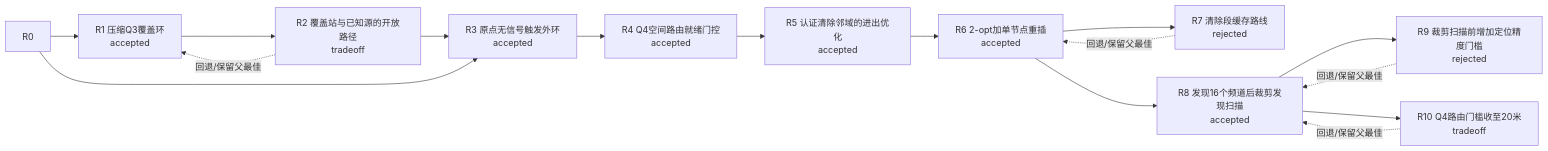
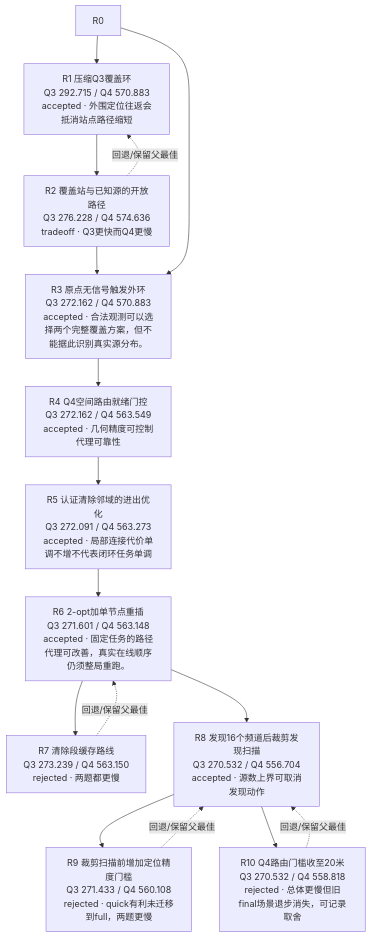
One commit to xiangguaguadadi-dot/cumcm2026-b changed the second of 10 diagrams in experiments/R1_atlas/DIRECTION_MAP.md. Above: the diagram before and after it, drawn with Mermaid. The commit also changed other lines of this file and 81 other files, not shown here.

````diff
--- a/experiments/R1_atlas/DIRECTION_MAP.md
+++ b/experiments/R1_atlas/DIRECTION_MAP.md
@@ -37,28 +37,28 @@
 ```mermaid
-flowchart LR
-  A1_space_R1["R1 压缩Q3覆盖环<br/>accepted"]
+flowchart TB
+  A1_space_R1["R1 压缩Q3覆盖环<br/>Q3 292.715 / Q4 570.883<br/>accepted · 外围定位往返会抵消站点路径缩短"]
   R0 --> A1_space_R1
-  A1_space_R2["R2 覆盖站与已知源的开放路径<br/>tradeoff"]
+  A1_space_R2["R2 覆盖站与已知源的开放路径<br/>Q3 276.228 / Q4 574.636<br/>tradeoff · Q3更快而Q4更慢"]
   A1_space_R1 --> A1_space_R2
   A1_space_R2 -. "回退/保留父最佳" .-> A1_space_R1
-  A1_space_R3["R3 原点无信号触发外环<br/>accepted"]
+  A1_space_R3["R3 原点无信号触发外环<br/>Q3 272.162 / Q4 570.883<br/>accepted · 合法观测可以选择两个完整覆盖方案，但不能据此识别真实源分布。"]
   A1_space_R2 --> A1_space_R3
   R0 --> A1_space_R3
-  A1_space_R4["R4 Q4空间路由就绪门控<br/>accepted"]
+  A1_space_R4["R4 Q4空间路由就绪门控<br/>Q3 272.162 / Q4 563.549<br/>accepted · 几何精度可控制代理可靠性"]
   A1_space_R3 --> A1_space_R4
-  A1_space_R5["R5 认证清除邻域的进出优化<br/>accepted"]
+  A1_space_R5["R5 认证清除邻域的进出优化<br/>Q3 272.091 / Q4 563.273<br/>accepted · 局部连接代价单调不增不代表闭环任务单调"]
   A1_space_R4 --> A1_space_R5
-  A1_space_R6["R6 2-opt加单节点重插<br/>accepted"]
+  A1_space_R6["R6 2-opt加单节点重插<br/>Q3 271.601 / Q4 563.148<br/>accepted · 固定任务的路径代理可改善，真实在线顺序仍须整局重跑。"]
   A1_space_R5 --> A1_space_R6
-  A1_space_R7["R7 清除段缓存路线<br/>rejected"]
+  A1_space_R7["R7 清除段缓存路线<br/>Q3 273.239 / Q4 563.150<br/>rejected · 两题都更慢"]
   A1_space_R6 --> A1_space_R7
   A1_space_R7 -. "回退/保留父最佳" .-> A1_space_R6
-  A1_space_R8["R8 发现16个频道后裁剪发现扫描<br/>accepted"]
+  A1_space_R8["R8 发现16个频道后裁剪发现扫描<br/>Q3 270.532 / Q4 556.704<br/>accepted · 源数上界可取消发现动作"]
   A1_space_R6 --> A1_space_R8
-  A1_space_R9["R9 裁剪扫描前增加定位精度门槛<br/>rejected"]
+  A1_space_R9["R9 裁剪扫描前增加定位精度门槛<br/>Q3 271.433 / Q4 560.108<br/>rejected · quick有利未迁移到full，两题更慢"]
   A1_space_R8 --> A1_space_R9
   A1_space_R9 -. "回退/保留父最佳" .-> A1_space_R8
-  A1_space_R10["R10 Q4路由门槛收至20米<br/>tradeoff"]
+  A1_space_R10["R10 Q4路由门槛收至20米<br/>Q3 270.532 / Q4 558.818<br/>rejected · 总体更慢但旧final场景退步消失，可记录取舍"]
   A1_space_R8 --> A1_space_R10
   A1_space_R10 -. "回退/保留父最佳" .-> A1_space_R8
 ```
````
